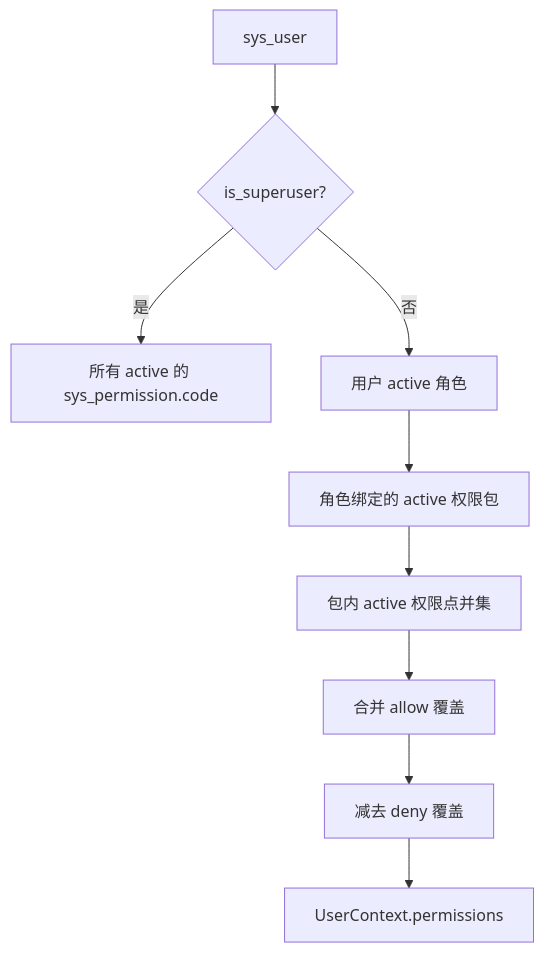
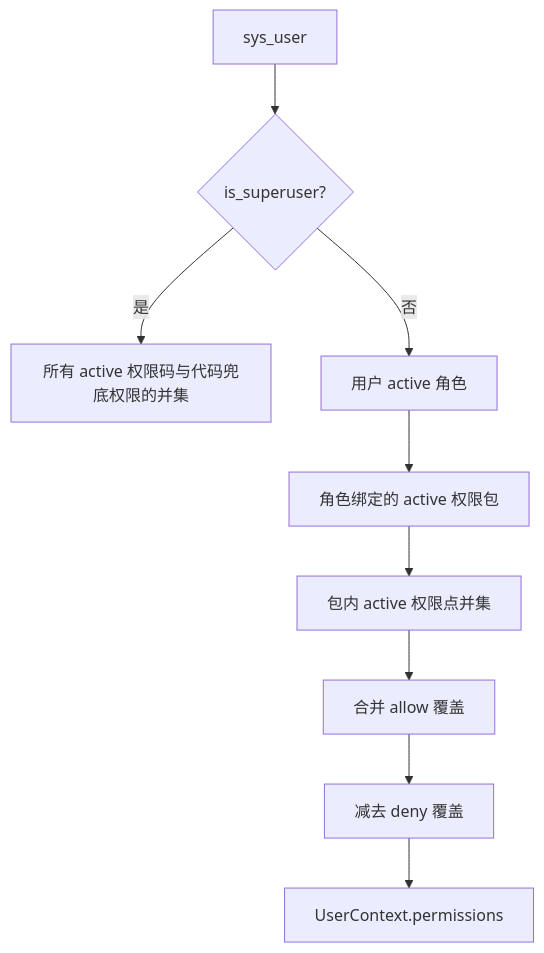
Before and after one commit to TianBa-SCP035/Antibody_Forge: the second of 4 diagrams in docs/auth-permissions.md, drawn with Mermaid. The commit also changed other lines of this file and 46 other files, not shown here.

````diff
--- a/docs/auth-permissions.md
+++ b/docs/auth-permissions.md
@@ -151,11 +157,11 @@
 ```mermaid
 flowchart TD
   U[sys_user] --> SU{is_superuser?}
-  SU -->|是| ALL[所有 active 的 sys_permission.code]
+  SU -->|是| ALL[所有 active 权限码与代码兜底权限的并集]
   SU -->|否| R[用户 active 角色]
   R --> B[角色绑定的 active 权限包]
   B --> P[包内 active 权限点并集]
   P --> O[合并 allow 覆盖]
   O --> M[减去 deny 覆盖]
   M --> CTX[UserContext.permissions]
 ```
````
